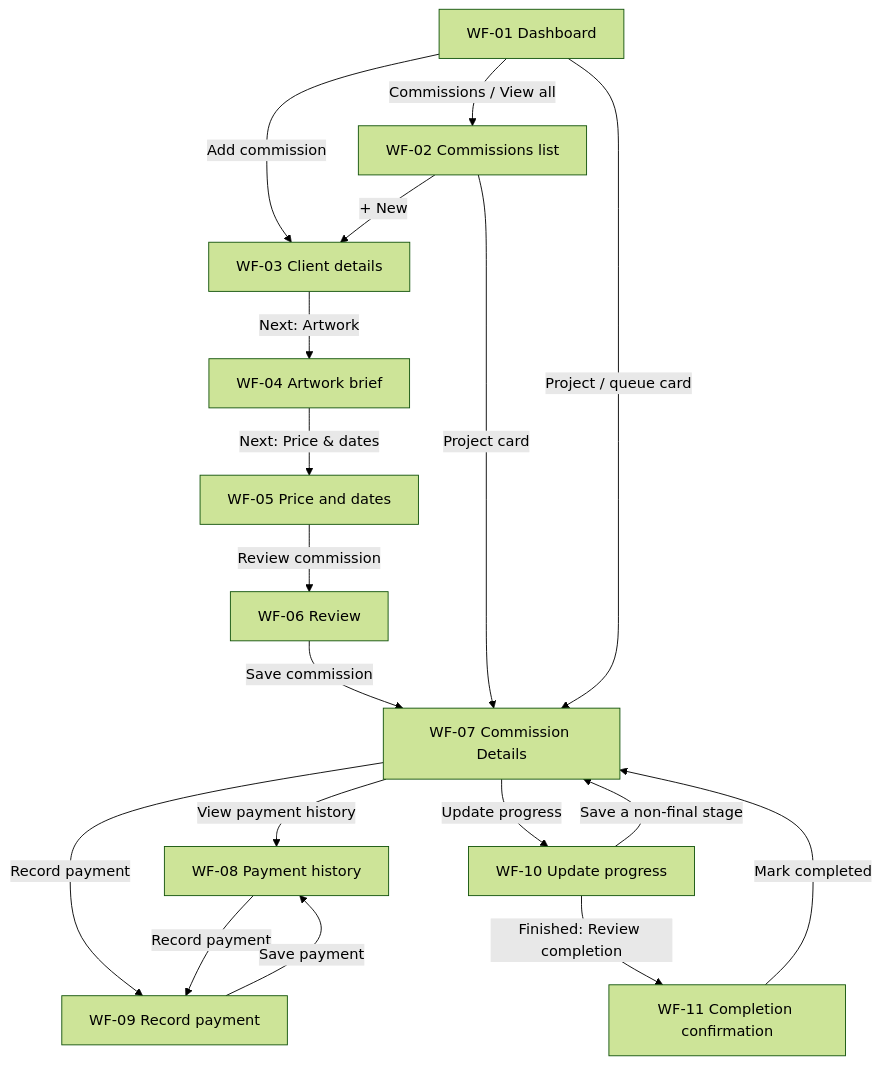
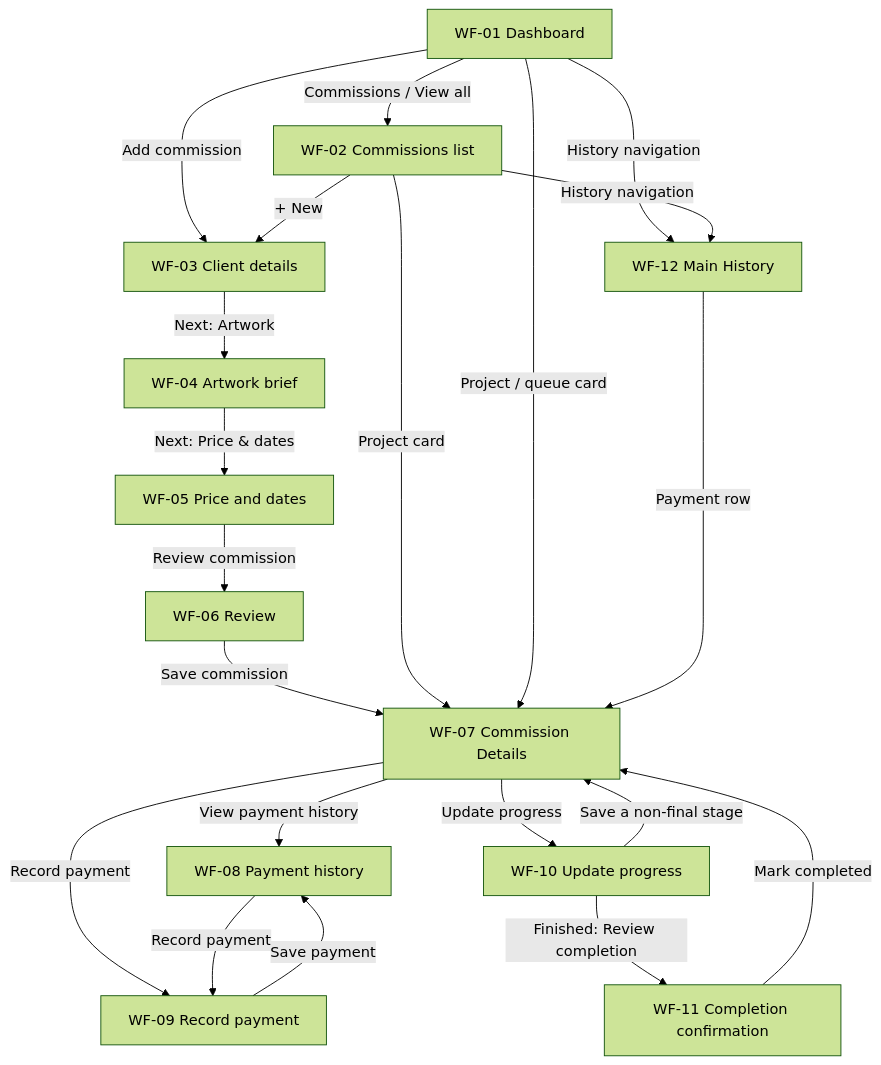
The diagram in layout.md (yezdenz/obra), drawn with Mermaid (forest theme) before and after one commit. The commit also changed other lines of this file and 11 other files, not shown here.

Commit message:
Draft main transaction History and empty month wireframes

````diff
--- a/layout.md
+++ b/layout.md
@@ -45,20 +47,23 @@
 ```mermaid
 flowchart TD
     Home[WF-01 Dashboard] -->|Commissions / View all| List[WF-02 Commissions list]
     Home -->|Add commission| Client[WF-03 Client details]
     List -->|+ New| Client
     Client -->|Next: Artwork| Artwork[WF-04 Artwork brief]
     Artwork -->|Next: Price & dates| Price[WF-05 Price and dates]
     Price -->|Review commission| Review[WF-06 Review]
     Review -->|Save commission| Detail[WF-07 Commission Details]
     List -->|Project card| Detail
     Home -->|Project / queue card| Detail
+    Home -->|History navigation| History[WF-12 Main History]
+    List -->|History navigation| History
+    History -->|Payment row| Detail
     Detail -->|View payment history| Payments[WF-08 Payment history]
     Detail -->|Record payment| Entry[WF-09 Record payment]
     Payments -->|Record payment| Entry
     Entry -->|Save payment| Payments
     Detail -->|Update progress| Progress[WF-10 Update progress]
     Progress -->|Save a non-final stage| Detail
     Progress -->|Finished: Review completion| Finish[WF-11 Completion confirmation]
     Finish -->|Mark completed| Detail
 ```
````
